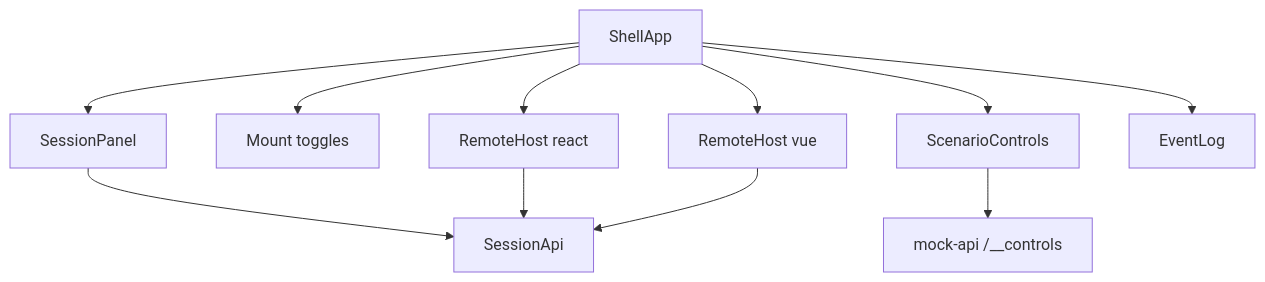
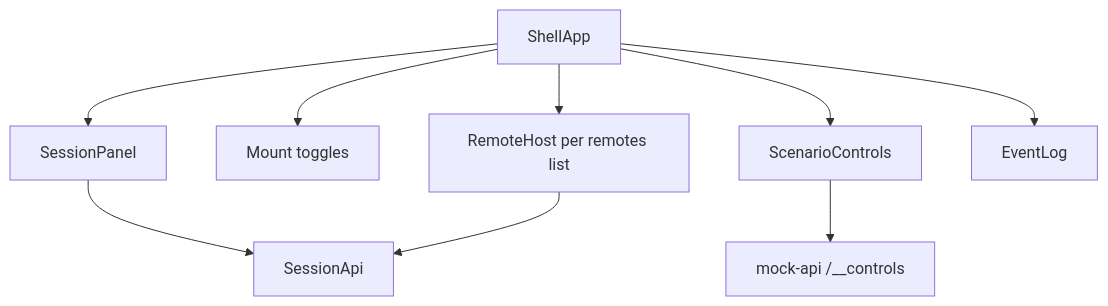
Diagram 15 of 17 in docs/architecture.md (kritb-earnin/mfe-federation-poc), drawn with Mermaid before and after one commit. The commit also changed other lines of this file and 67 other files, not shown here.

First line of the commit message:
feat: extract shell-host and remote-kit for MFE wiring

````diff
--- a/docs/architecture.md
+++ b/docs/architecture.md
@@ -508,14 +518,12 @@
 ```mermaid
 flowchart TB
   SA["ShellApp"]
   SA --> SP["SessionPanel"]
   SA --> MC["Mount toggles"]
-  SA --> RH1["RemoteHost react"]
-  SA --> RH2["RemoteHost vue"]
+  SA --> RH1["RemoteHost per remotes list"]
   SA --> SC["ScenarioControls"]
   SA --> EL["EventLog"]
   SP --> API["SessionApi"]
   RH1 --> API
-  RH2 --> API
   SC --> CTRL["mock-api /__controls"]
 ```
````
